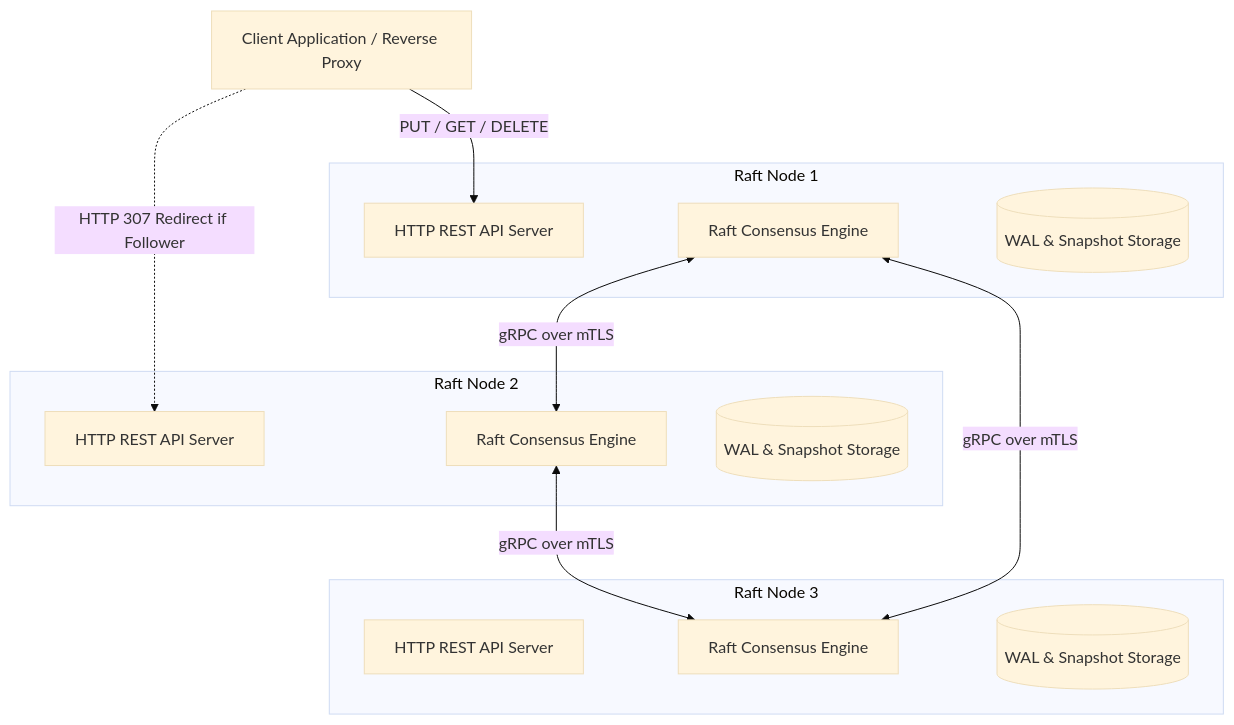
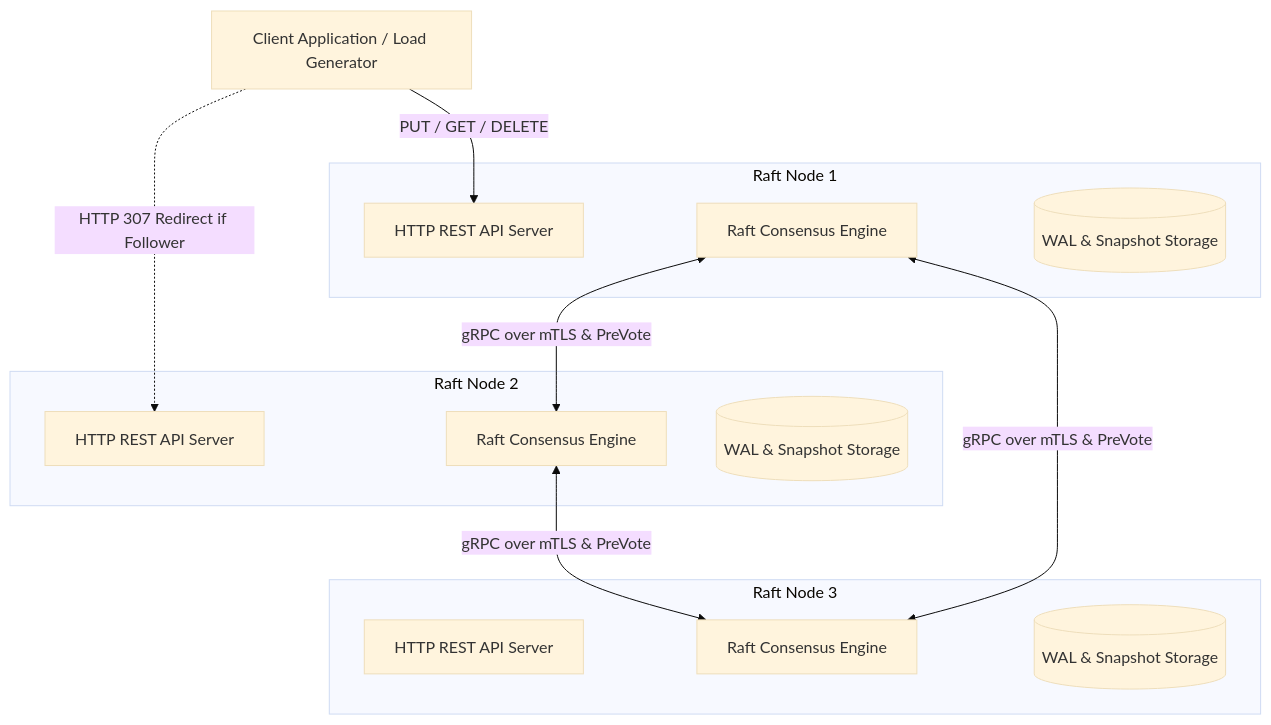
One commit to Aanya019-coder/Distributed_KV_Store_with_Raft_Consensus changed the diagram in README.md. Above: the diagram before and after it, drawn with Mermaid (base theme). The commit also changed other lines of this file and 42 other files, not shown here.

````diff
--- a/README.md
+++ b/README.md
@@ -9,27 +17,27 @@
 ```mermaid
 flowchart TD
     subgraph Node 1 [Raft Node 1]
         API1[HTTP REST API Server]
         Raft1[Raft Consensus Engine]
         WAL1[(WAL & Snapshot Storage)]
     end
 
     subgraph Node 2 [Raft Node 2]
         API2[HTTP REST API Server]
         Raft2[Raft Consensus Engine]
         WAL2[(WAL & Snapshot Storage)]
     end
 
     subgraph Node 3 [Raft Node 3]
         API3[HTTP REST API Server]
         Raft3[Raft Consensus Engine]
         WAL3[(WAL & Snapshot Storage)]
     end
 
-    Client[Client Application / Reverse Proxy] -->|PUT / GET / DELETE| API1
+    Client[Client Application / Load Generator] -->|PUT / GET / DELETE| API1
     Client -.->|HTTP 307 Redirect if Follower| API2
 
-    Raft1 <-->|gRPC over mTLS| Raft2
-    Raft1 <-->|gRPC over mTLS| Raft3
-    Raft2 <-->|gRPC over mTLS| Raft3
+    Raft1 <-->|gRPC over mTLS & PreVote| Raft2
+    Raft1 <-->|gRPC over mTLS & PreVote| Raft3
+    Raft2 <-->|gRPC over mTLS & PreVote| Raft3
 ```
````
